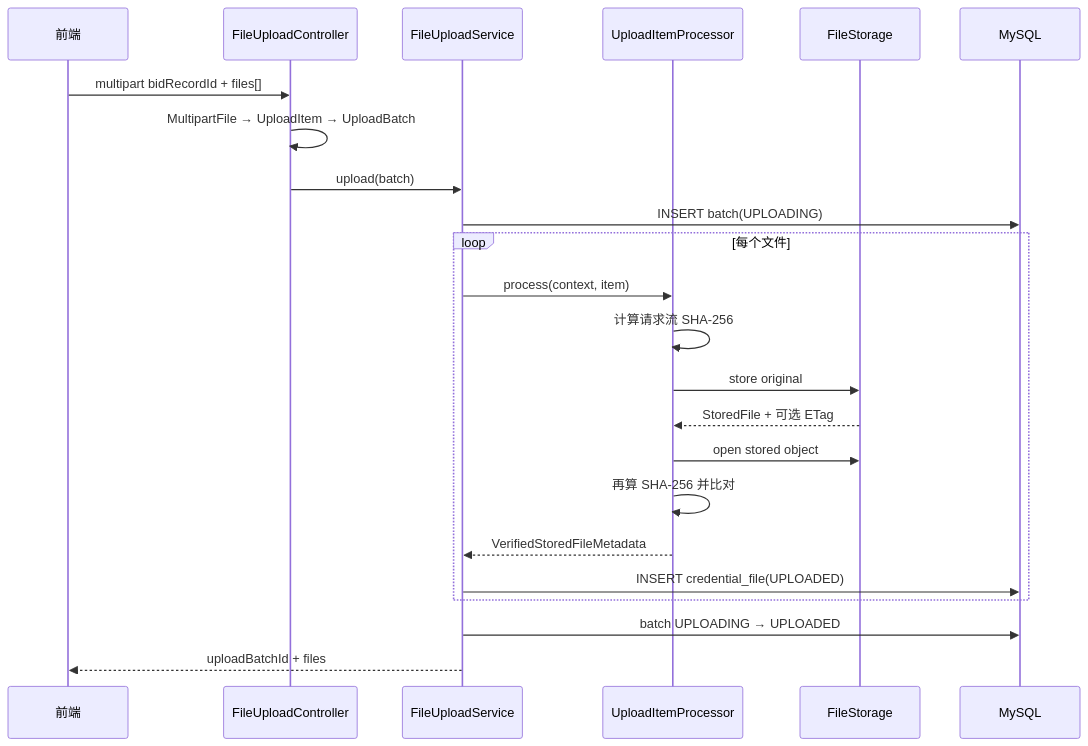
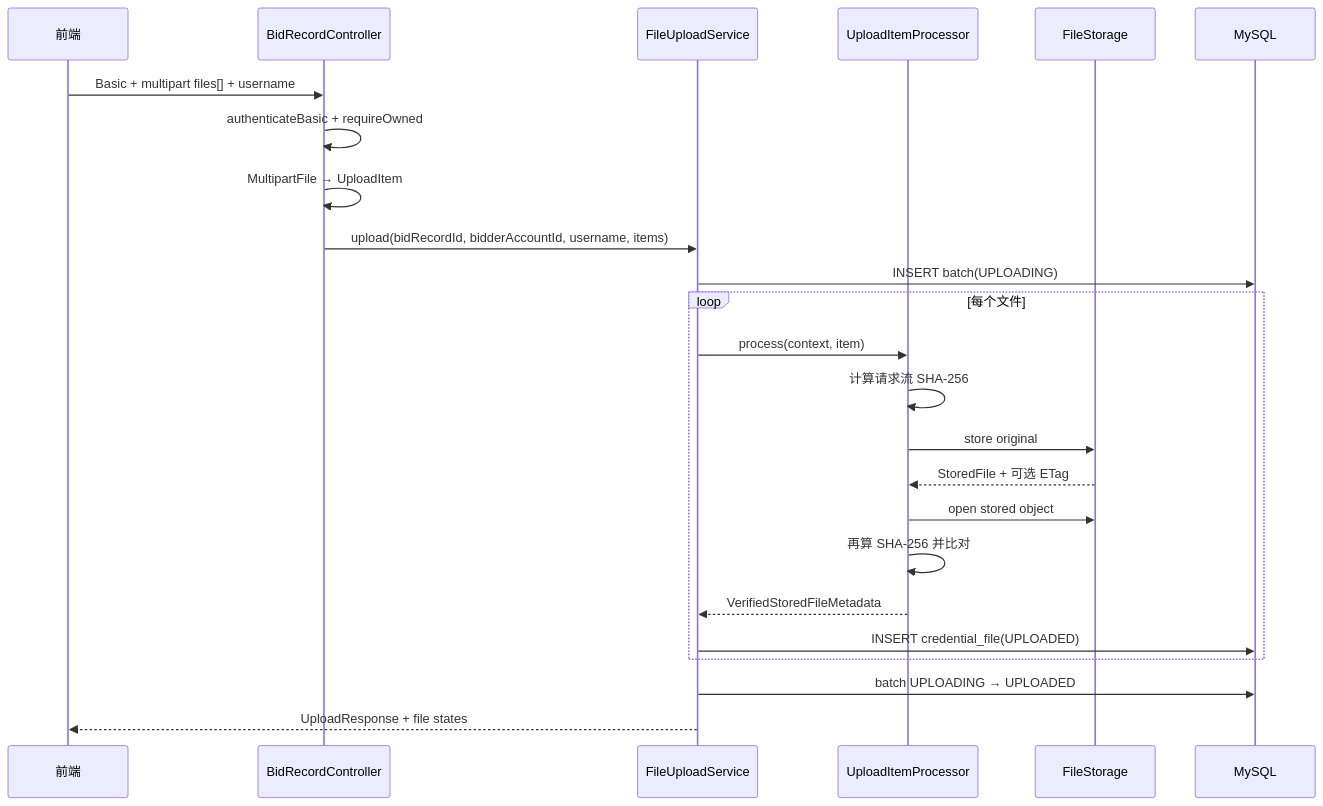
The ninth of 11 diagrams in docs/business-process.md (Jianshi-Lu/smart-bid-platform-be), drawn with Mermaid before and after one commit. The commit also changed other lines of this file and 161 other files, not shown here.

````diff
--- a/docs/business-process.md
+++ b/docs/business-process.md
@@ -345,26 +336,27 @@
 ```mermaid
 sequenceDiagram
     participant FE as 前端
-    participant C as FileUploadController
+    participant C as BidRecordController
     participant S as FileUploadService
     participant P as UploadItemProcessor
     participant FS as FileStorage
     participant DB as MySQL
 
-    FE->>C: multipart bidRecordId + files[]
-    C->>C: MultipartFile → UploadItem → UploadBatch
-    C->>S: upload(batch)
+    FE->>C: Basic + multipart files[] + username
+    C->>C: authenticateBasic + requireOwned
+    C->>C: MultipartFile → UploadItem
+    C->>S: upload(bidRecordId, bidderAccountId, username, items)
     S->>DB: INSERT batch(UPLOADING)
     loop 每个文件
         S->>P: process(context, item)
         P->>P: 计算请求流 SHA-256
         P->>FS: store original
         FS-->>P: StoredFile + 可选 ETag
         P->>FS: open stored object
         P->>P: 再算 SHA-256 并比对
         P-->>S: VerifiedStoredFileMetadata
         S->>DB: INSERT credential_file(UPLOADED)
     end
     S->>DB: batch UPLOADING → UPLOADED
-    S-->>FE: uploadBatchId + files
+    S-->>FE: UploadResponse + file states
 ```
````
